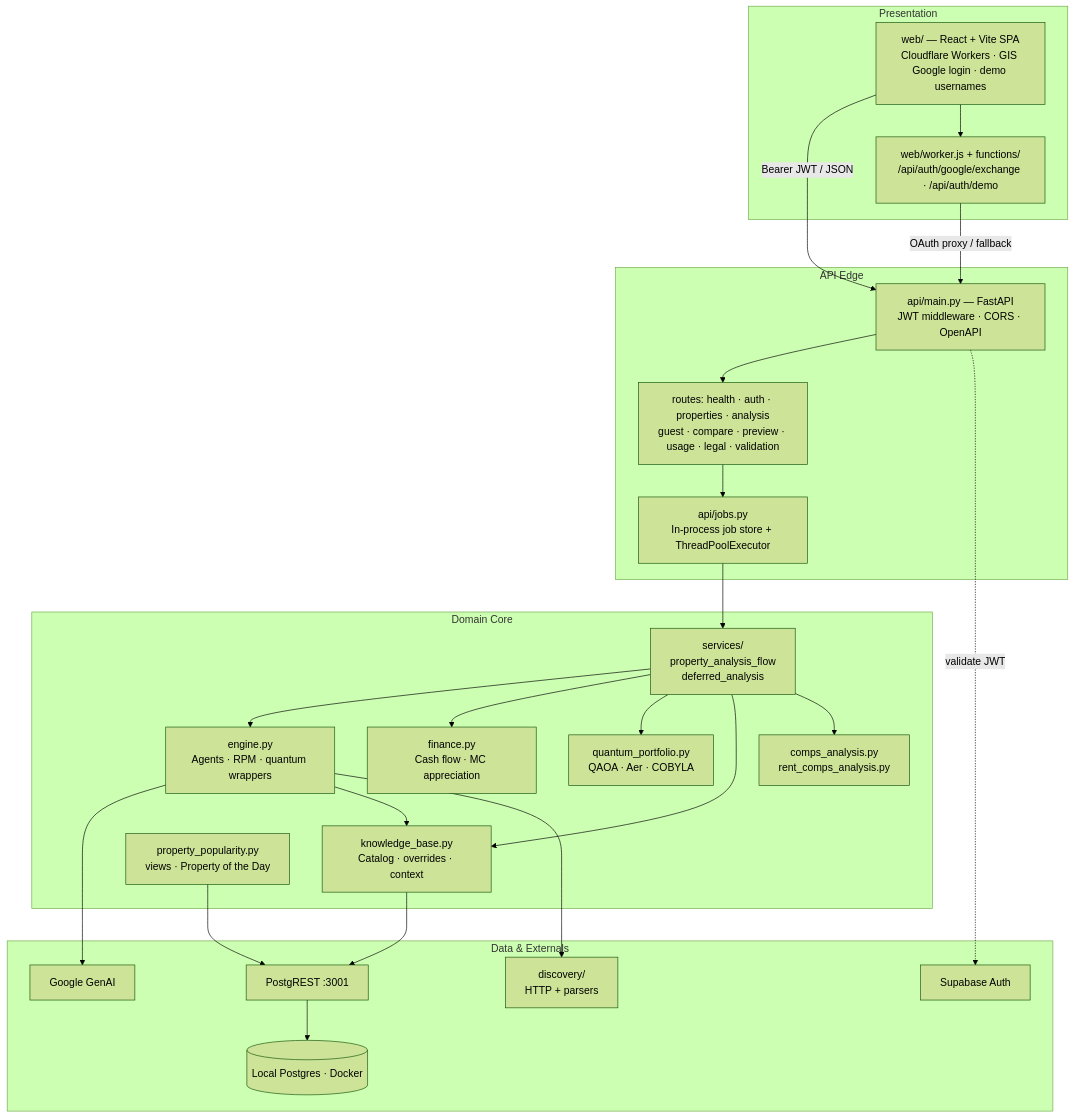
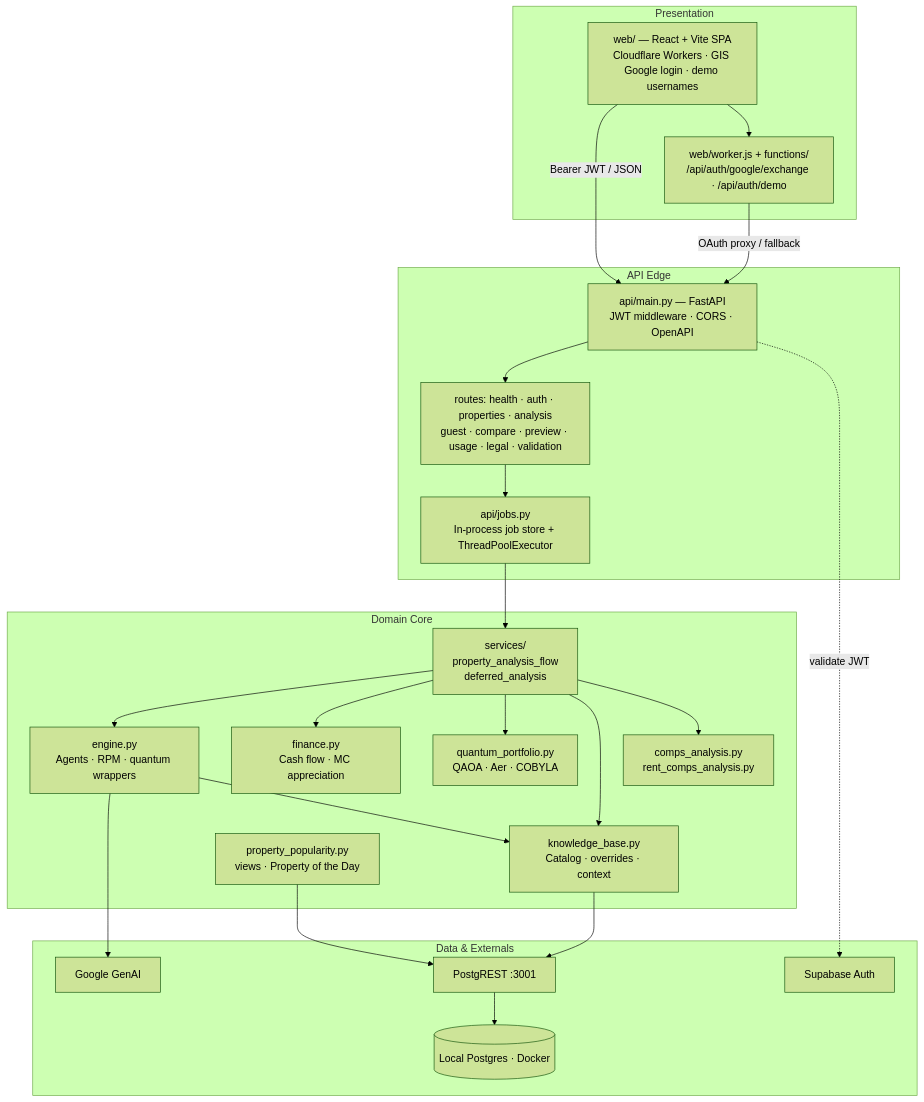
The second of 12 diagrams in README.md (Preebg/RealEstateAI), drawn with Mermaid (forest theme) before and after one commit. The commit also changed other lines of this file and 36 other files, not shown here.

````diff
--- a/README.md
+++ b/README.md
@@ -104,44 +104,42 @@
 ```mermaid
 flowchart TB
     subgraph Presentation["Presentation"]
         SPA["web/ — React + Vite SPA<br/>Cloudflare Workers · GIS Google login · demo usernames"]
         NF["web/worker.js + functions/<br/>/api/auth/google/exchange · /api/auth/demo"]
     end
 
     subgraph Edge["API Edge"]
         API["api/main.py — FastAPI<br/>JWT middleware · CORS · OpenAPI"]
         JOBS["api/jobs.py<br/>In-process job store + ThreadPoolExecutor"]
         ROUTES["routes: health · auth · properties · analysis<br/>guest · compare · preview · usage · legal · validation"]
     end
 
     subgraph Domain["Domain Core"]
         ENG["engine.py<br/>Agents · RPM · quantum wrappers"]
         FIN["finance.py<br/>Cash flow · MC appreciation"]
         QAOA["quantum_portfolio.py<br/>QAOA · Aer · COBYLA"]
         KB["knowledge_base.py<br/>Catalog · overrides · context"]
         POP["property_popularity.py<br/>views · Property of the Day"]
         COMPS["comps_analysis.py<br/>rent_comps_analysis.py"]
         SVC["services/<br/>property_analysis_flow<br/>deferred_analysis"]
     end
 
     subgraph Data["Data & Externals"]
         PG[(Local Postgres · Docker)]
         PGR[PostgREST :3001]
         AUTH[Supabase Auth]
         GEM[Google GenAI]
-        DISC["discovery/<br/>HTTP + parsers"]
     end
 
     SPA -->|Bearer JWT / JSON| API
     SPA --> NF
     NF -->|OAuth proxy / fallback| API
     API --> ROUTES --> JOBS
     JOBS --> SVC
     SVC --> ENG & FIN & QAOA & KB & COMPS
     ENG --> GEM
     ENG --> KB
     KB --> PGR --> PG
     POP --> PGR
-    ENG --> DISC
     API -.->|validate JWT| AUTH
 ```
````
